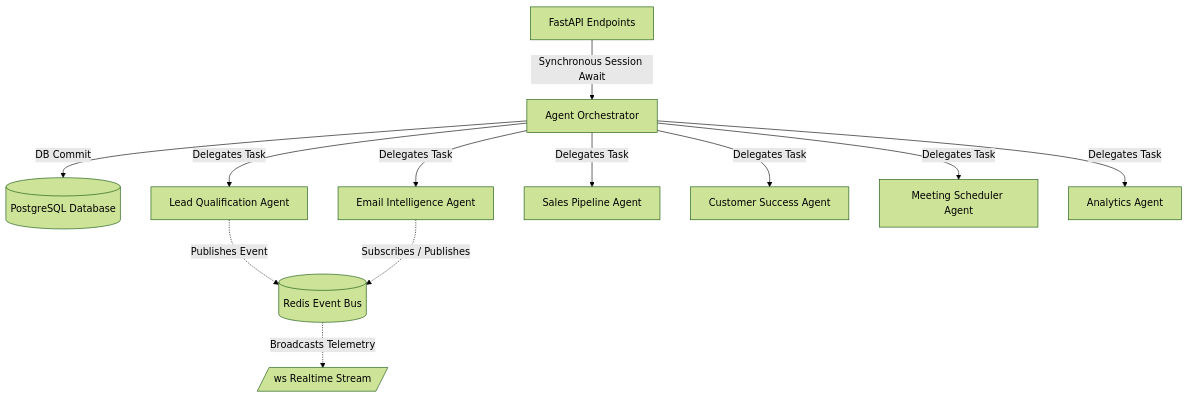
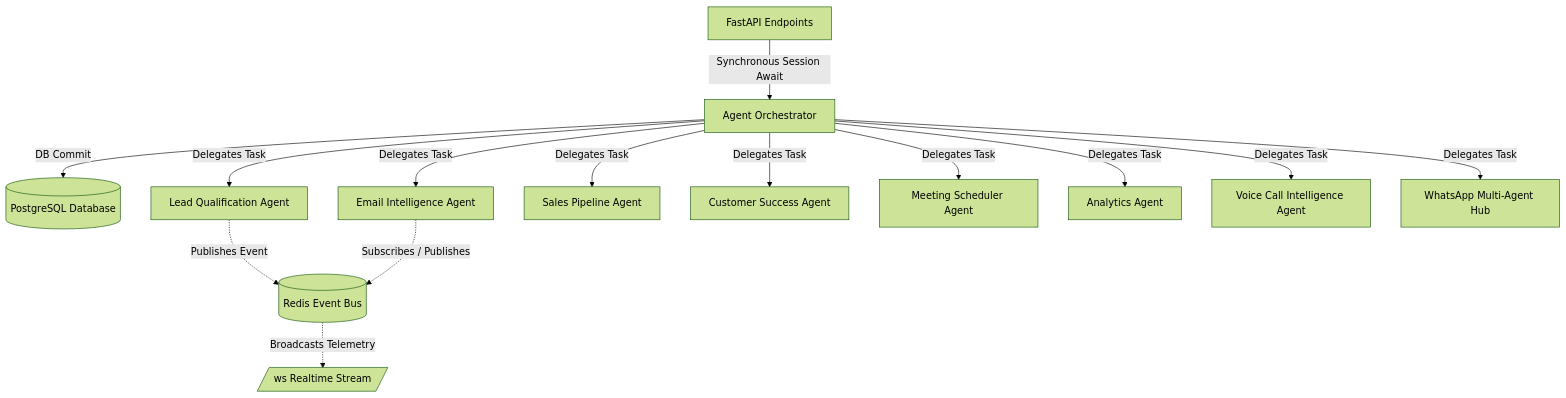
One commit to taha123618/AI-CRM-Agents changed the diagram in .agents/skills/project-architecture/SKILL.md. Above: the diagram before and after it, drawn with Mermaid (forest theme). The commit also changed other lines of this file and 9 other files, not shown here.

Commit message:
feat: expand CRM with Voice AI, WhatsApp integration, Monte Carlo forecasting, multi-language support, and a no-code agent builder with React 19 frontend

````diff
--- a/.agents/skills/project-architecture/SKILL.md
+++ b/.agents/skills/project-architecture/SKILL.md
@@ -26,15 +30,17 @@
 ```mermaid
 graph TD
     API[FastAPI Endpoints] -->|Synchronous Session Await| Orchestrator[Agent Orchestrator]
     Orchestrator -->|DB Commit| PostgreSQL[(PostgreSQL Database)]
     Orchestrator -->|Delegates Task| LeadAgent[Lead Qualification Agent]
     Orchestrator -->|Delegates Task| EmailAgent[Email Intelligence Agent]
     Orchestrator -->|Delegates Task| SalesAgent[Sales Pipeline Agent]
     Orchestrator -->|Delegates Task| SuccessAgent[Customer Success Agent]
     Orchestrator -->|Delegates Task| MeetingAgent[Meeting Scheduler Agent]
     Orchestrator -->|Delegates Task| AnalyticsAgent[Analytics Agent]
+    Orchestrator -->|Delegates Task| VoiceAgent[Voice Call Intelligence Agent]
+    Orchestrator -->|Delegates Task| WhatsAppAgent[WhatsApp Multi-Agent Hub]
     
     LeadAgent -.->|Publishes Event| EventBus[(Redis Event Bus)]
     EmailAgent -.->|Subscribes / Publishes| EventBus
     EventBus -.->|Broadcasts Telemetry| WebSocket[/ws Realtime Stream/]
 ```
````
